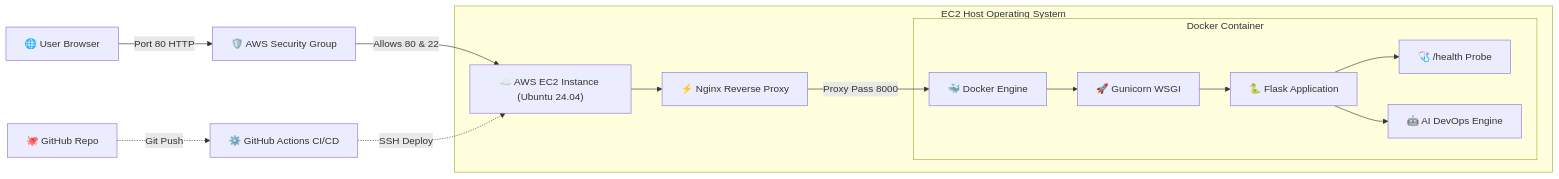
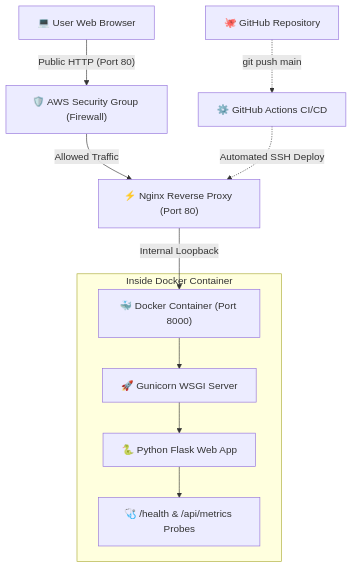
Before and after one commit to Rishith17/AI-Assisted-AWS-Web-App-Deployment: the diagram in README.md, drawn with Mermaid.

Commit message:
Update README with simple realistic architecture diagram

````diff
--- a/README.md
+++ b/README.md
@@ -15,20 +15,15 @@
 ```mermaid
-flowchart LR
-    User["🌐 User Browser"] -->|"Port 80 HTTP"| SG["🛡️ AWS Security Group"]
-    SG -->|"Allows 80 & 22"| EC2["☁️ AWS EC2 Instance (Ubuntu 24.04)"]
+flowchart TD
+    User["💻 User Web Browser"] -->|"Public HTTP (Port 80)"| SG["🛡️ AWS Security Group (Firewall)"]
+    SG -->|"Allowed Traffic"| Nginx["⚡ Nginx Reverse Proxy (Port 80)"]
+    Nginx -->|"Internal Loopback"| Docker["🐳 Docker Container (Port 8000)"]
     
-    subgraph Host["EC2 Host Operating System"]
-        EC2 --> Nginx["⚡ Nginx Reverse Proxy"]
-        Nginx -->|"Proxy Pass 8000"| Docker["🐳 Docker Engine"]
-        
-        subgraph AppContainer["Docker Container"]
-            Docker --> Gunicorn["🚀 Gunicorn WSGI"]
-            Gunicorn --> App["🐍 Flask Application"]
-            App --> Health["🩺 /health Probe"]
-            App --> AI["🤖 AI DevOps Engine"]
-        end
+    subgraph InsideContainer["Inside Docker Container"]
+        Docker --> Gunicorn["🚀 Gunicorn WSGI Server"]
+        Gunicorn --> App["🐍 Python Flask Web App"]
+        App --> Probes["🩺 /health & /api/metrics Probes"]
     end
 
-    GitHub["🐙 GitHub Repo"] -.->|"Git Push"| Actions["⚙️ GitHub Actions CI/CD"]
-    Actions -.->|"SSH Deploy"| EC2
+    GitHub["🐙 GitHub Repository"] -.->|"git push main"| Actions["⚙️ GitHub Actions CI/CD"]
+    Actions -.->|"Automated SSH Deploy"| Nginx
 ```
````
